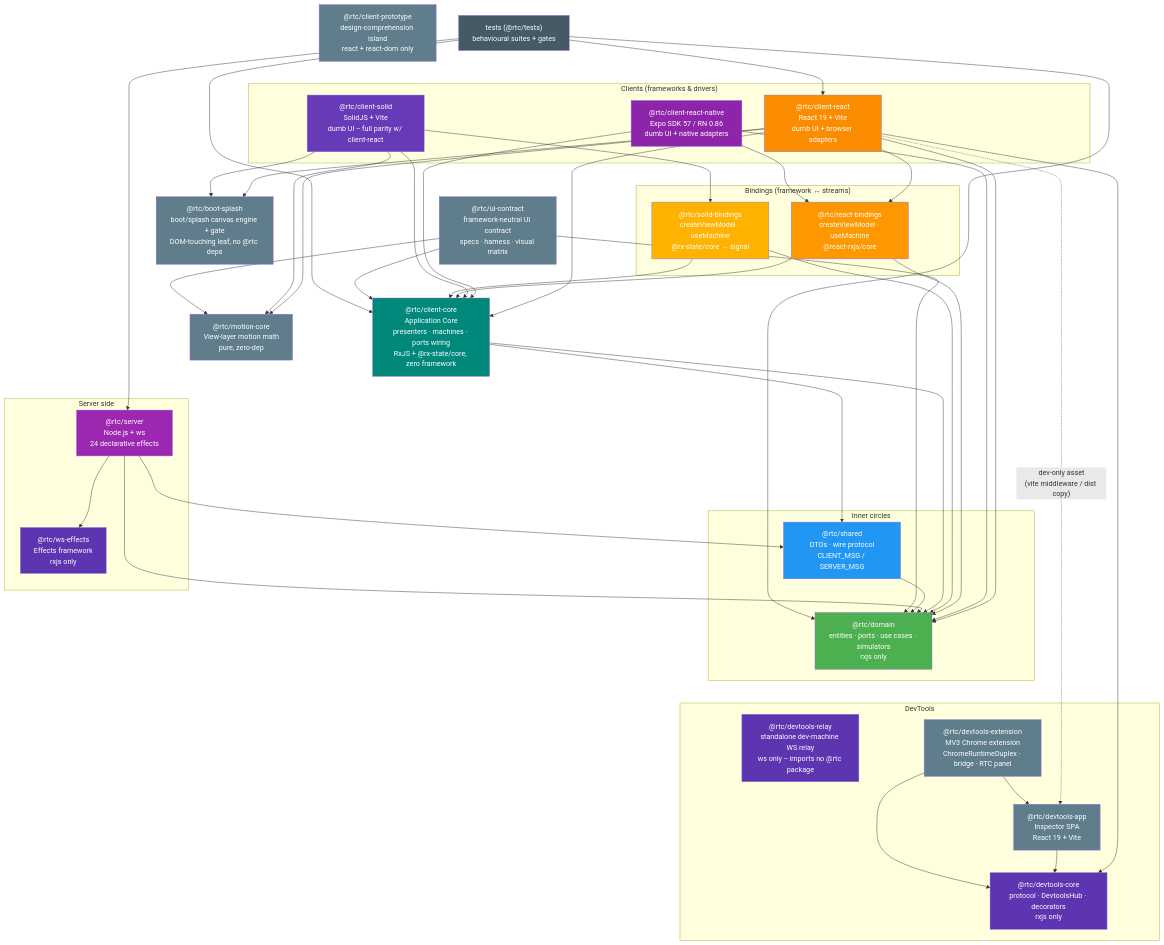
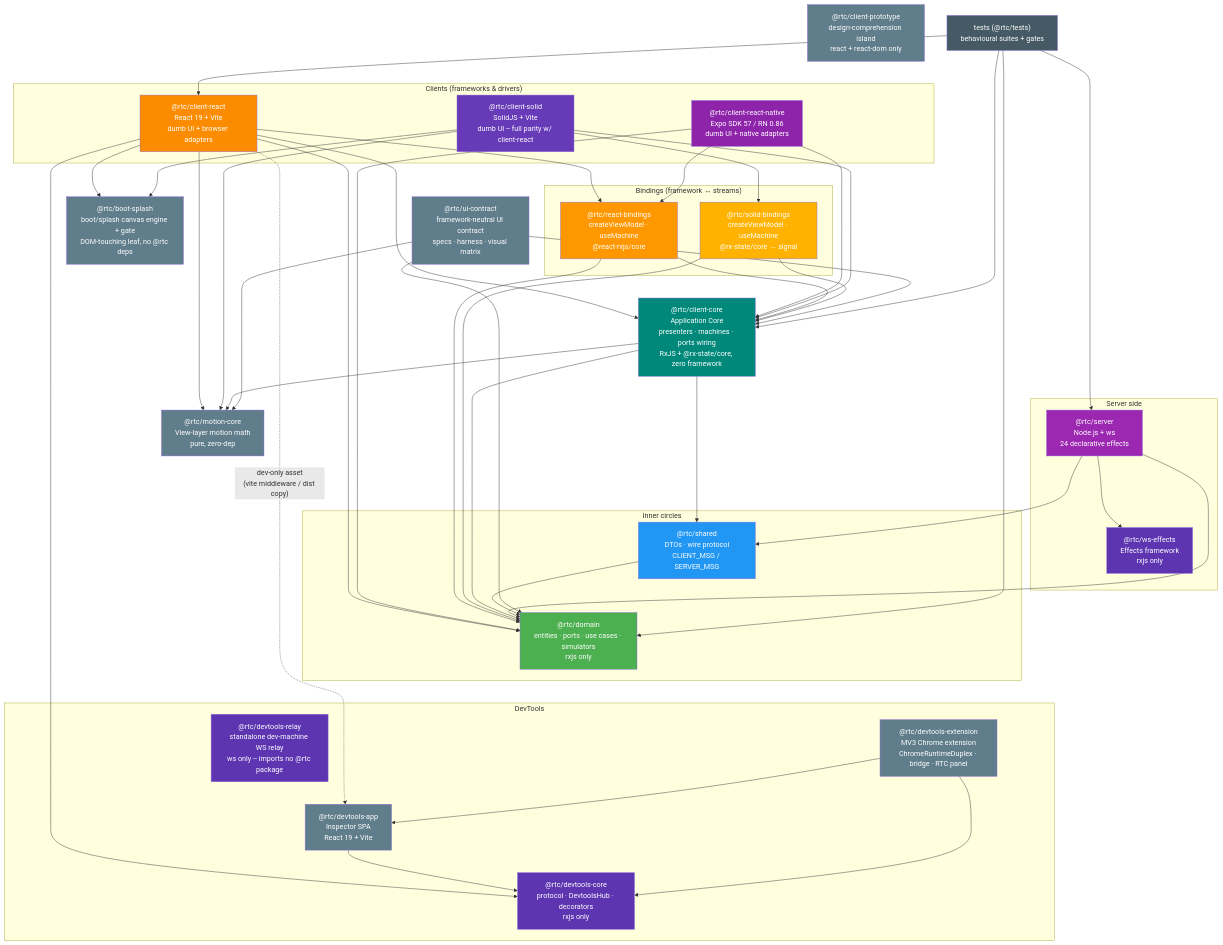
The diagram in docs/architecture/06-package-dependencies.md (bettersoftware-io/ReactiveTraderCloudClone), drawn with Mermaid before and after one commit. The commit also changed other lines of this file and 9 other files, not shown here.

```diff
--- a/docs/architecture/06-package-dependencies.md
+++ b/docs/architecture/06-package-dependencies.md
@@ -65,6 +65,7 @@
     sb --> domain
     core --> domain
     core --> shared
+    core --> motion
     server --> domain
     server --> shared
     server --> wse
```
